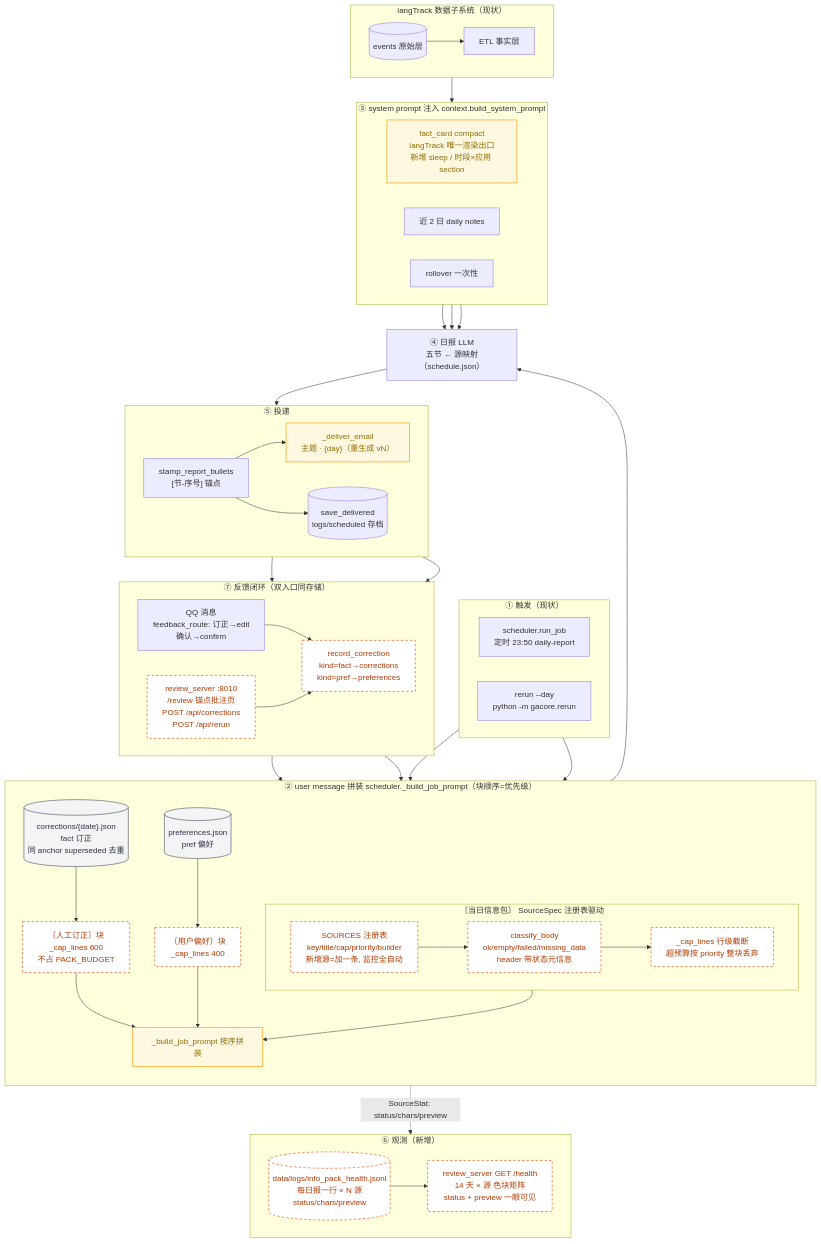
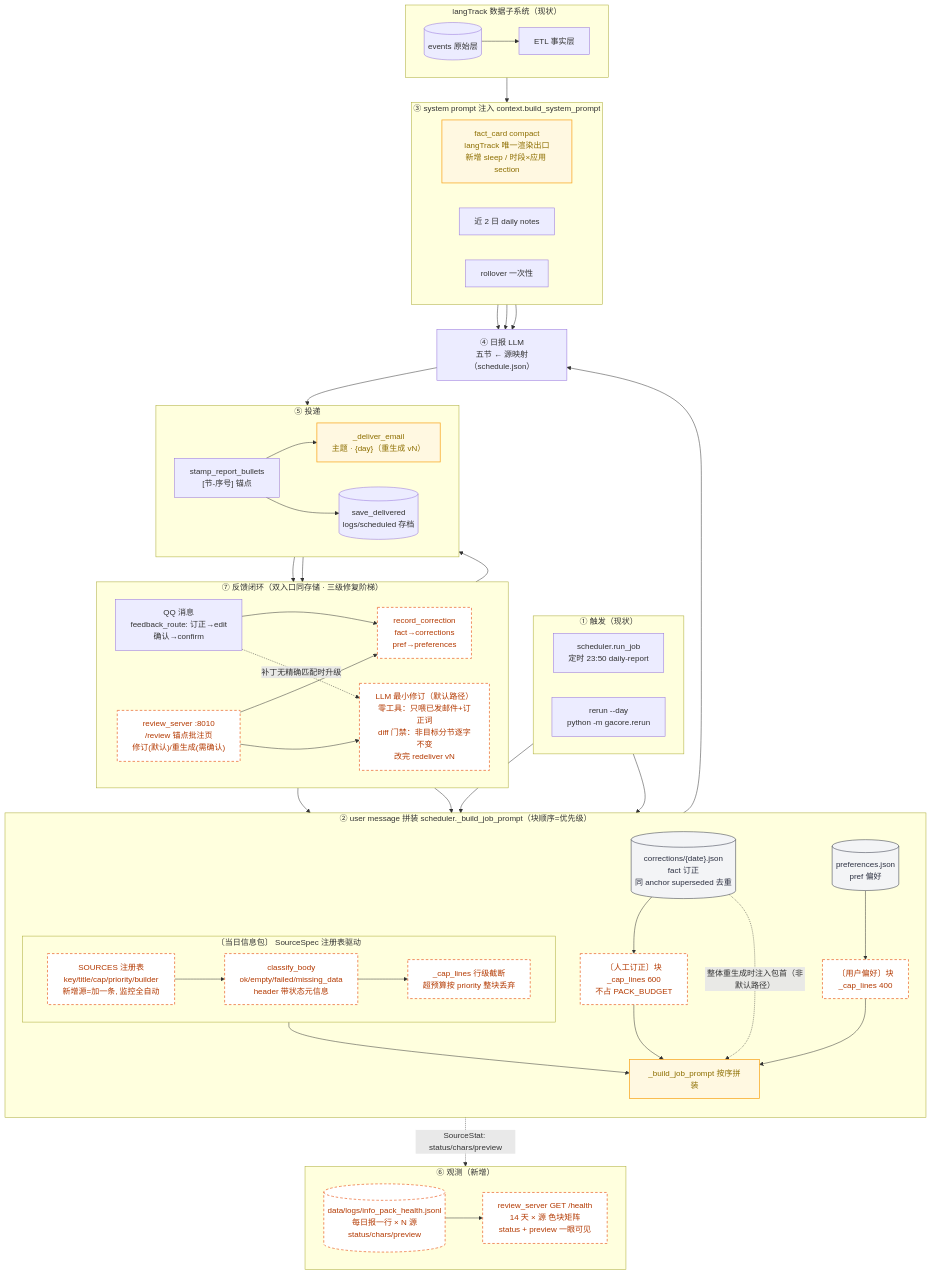
The first of 4 diagrams in apps/withlanggraph/docs/daily-report-redesign.md (weweaq/monoRepo), drawn with Mermaid before and after one commit. The commit also changed other lines of this file, not shown here.

First line of the commit message:
docs(withlanggraph): 设计稿 v0.4——订正改为三级修复阶梯, LLM 最小修订为默认

````diff
--- a/apps/withlanggraph/docs/daily-report-redesign.md
+++ b/apps/withlanggraph/docs/daily-report-redesign.md
@@ -63,13 +63,16 @@
         JSL --> HL
     end
 
-    subgraph FEED["⑦ 反馈闭环（双入口同存储）"]
+    subgraph FEED["⑦ 反馈闭环（双入口同存储 · 三级修复阶梯）"]
         direction LR
         FQ["QQ 消息<br/>feedback_route: 订正→edit<br/>确认→confirm"]
-        RV["review_server :8010<br/>/review 锚点批注页<br/>POST /api/corrections<br/>POST /api/rerun"]
-        RC["record_correction<br/>kind=fact→corrections<br/>kind=pref→preferences"]
+        RV["review_server :8010<br/>/review 锚点批注页<br/>修订(默认)/重生成(需确认)"]
+        RC["record_correction<br/>fact→corrections<br/>pref→preferences"]
+        REV["LLM 最小修订（默认路径）<br/>零工具：只喂已发邮件+订正词<br/>diff 门禁：非目标分节逐字不变<br/>改完 redeliver vN"]
         FQ --> RC
         RV --> RC
+        RV --> REV
+        FQ -. "补丁无精确匹配时升级" .-> REV
     end
 
     subgraph LT["langTrack 数据子系统（现状）"]
@@ -88,6 +91,8 @@
     LLM --> SB
     RC --> COR
     RC --> PRE
+    REV --> SD
+    COR -. "整体重生成时注入包首（非默认路径）" .-> PK
     PK -. "SourceStat: status/chars/preview" .-> JSL
     SD --> RV
     EM --> FQ
@@ -98,6 +103,6 @@
     classDef store fill:#f3f4f6,stroke:#2D3142,color:#2D3142
 
     class COR,PRE store
-    class CB,PB,RG,CLS,CPL,JSL,HL,RV,RC plan
+    class CB,PB,RG,CLS,CPL,JSL,HL,RV,RC,REV plan
     class PK,EM,FC mod
 ```
````
